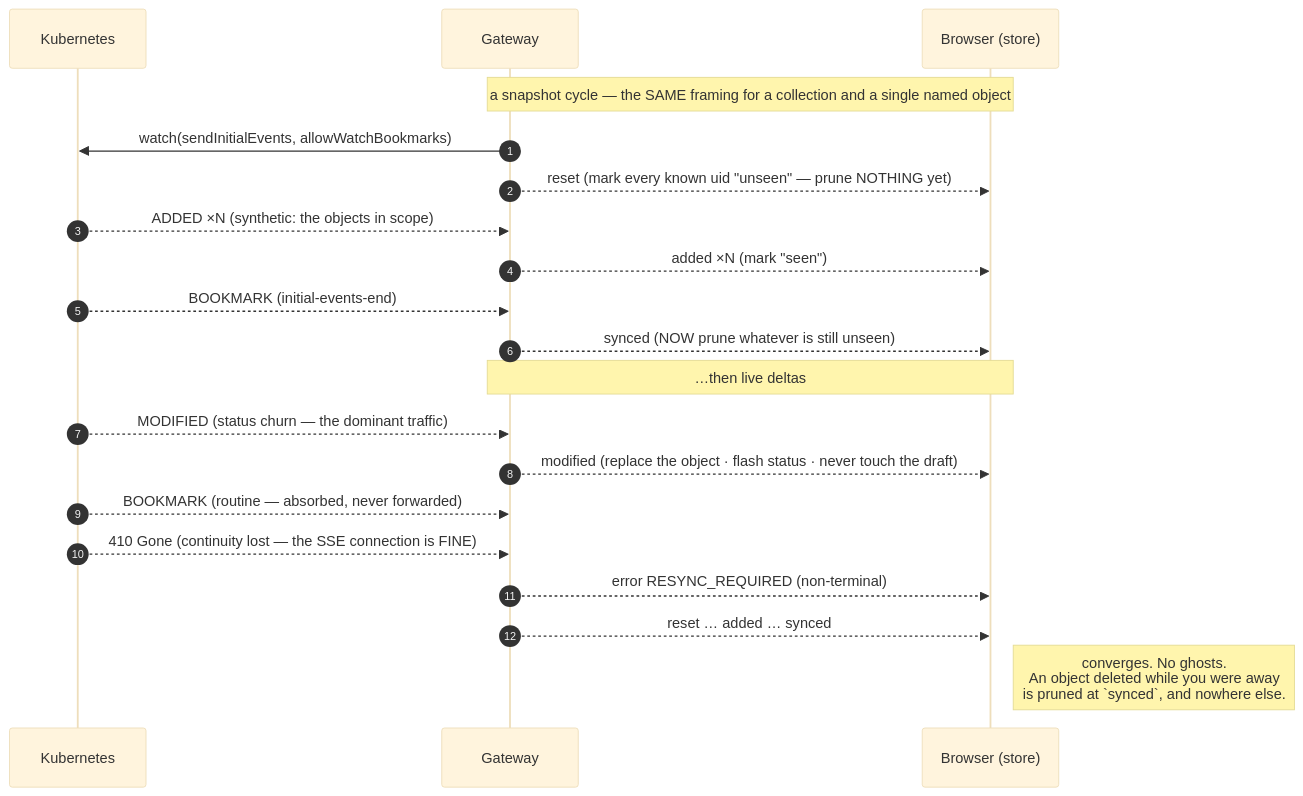
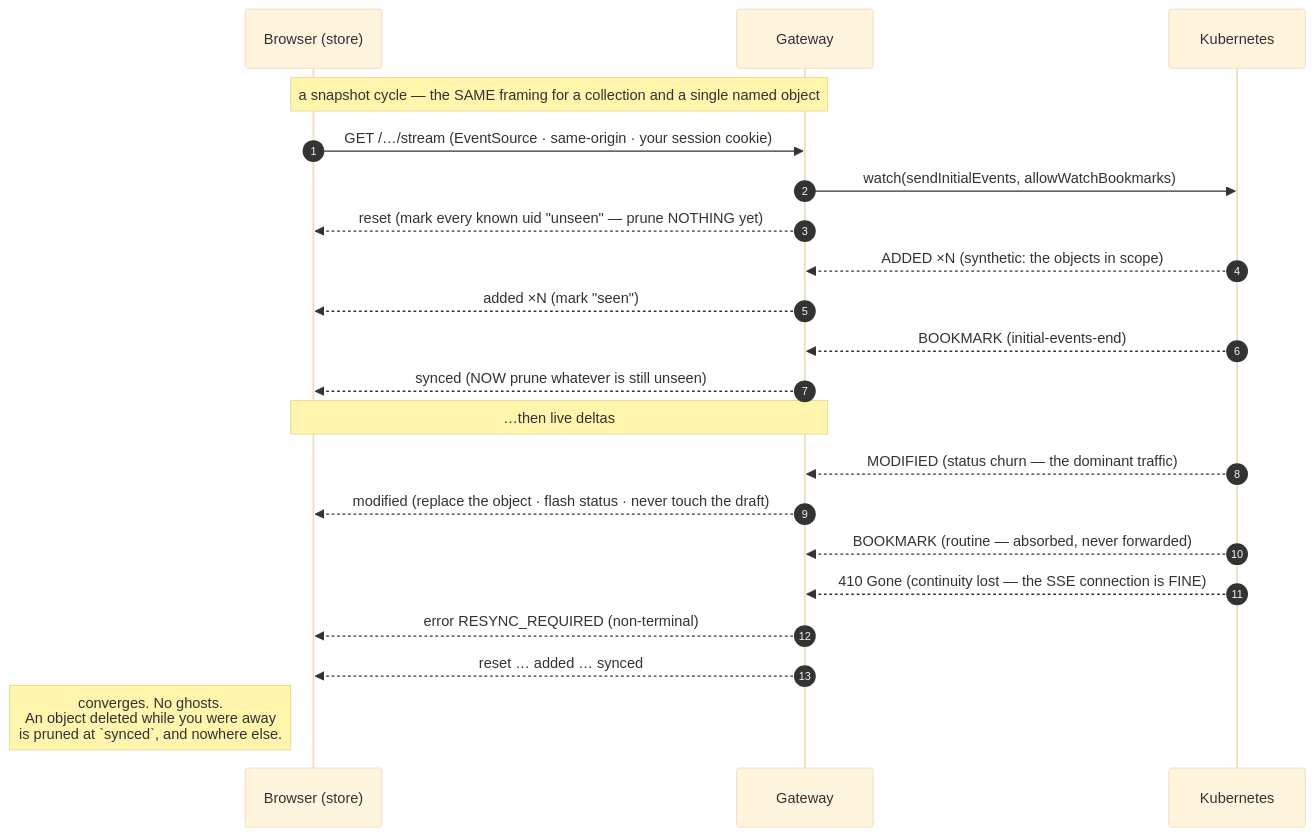
The second of 2 diagrams in README.md (ConfigButler/krm-stream), drawn with Mermaid (base theme) before and after one commit. The commit also changed 5 other files, not shown here.

````diff
--- a/README.md
+++ b/README.md
@@ -81,24 +81,25 @@
 ```mermaid
 sequenceDiagram
     autonumber
+    participant B as Browser (store)
+    participant G as Gateway
     participant K as Kubernetes
-    participant G as Gateway
-    participant B as Browser (store)
 
-    Note over G,B: a snapshot cycle — the SAME framing for a collection and a single named object
+    Note over B,G: a snapshot cycle — the SAME framing for a collection and a single named object
+    B->>G: GET /…/stream   (EventSource · same-origin · your session cookie)
     G->>K: watch(sendInitialEvents, allowWatchBookmarks)
     G-->>B: reset          (mark every known uid "unseen" — prune NOTHING yet)
     K-->>G: ADDED ×N       (synthetic: the objects in scope)
     G-->>B: added ×N       (mark "seen")
     K-->>G: BOOKMARK (initial-events-end)
     G-->>B: synced         (NOW prune whatever is still unseen)
 
-    Note over G,B: …then live deltas
+    Note over B,G: …then live deltas
     K-->>G: MODIFIED (status churn — the dominant traffic)
     G-->>B: modified       (replace the object · flash status · never touch the draft)
     K-->>G: BOOKMARK       (routine — absorbed, never forwarded)
     K-->>G: 410 Gone       (continuity lost — the SSE connection is FINE)
     G-->>B: error RESYNC_REQUIRED (non-terminal)
     G-->>B: reset … added … synced
-    Note right of B: converges. No ghosts.<br/>An object deleted while you were away<br/>is pruned at `synced`, and nowhere else.
+    Note left of B: converges. No ghosts.<br/>An object deleted while you were away<br/>is pruned at `synced`, and nowhere else.
 ```
````
